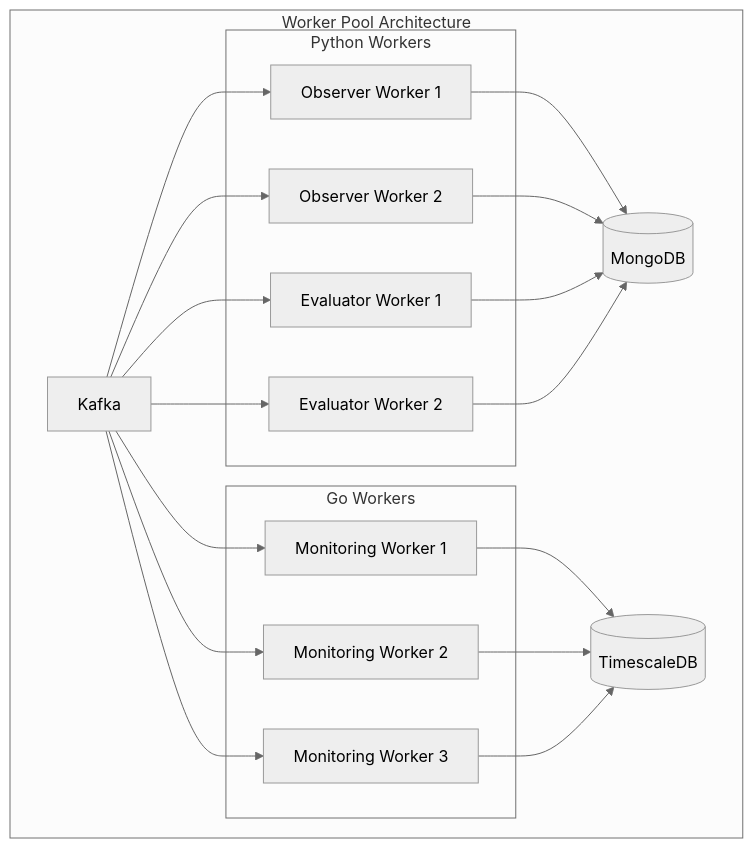
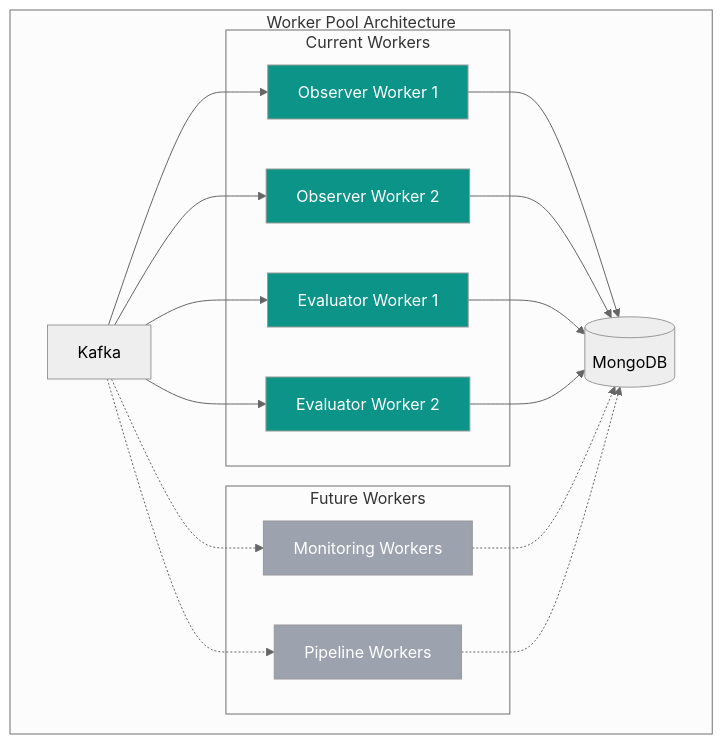
One commit to mlflow/mlflow changed the seventh of 17 diagrams in GENESIS_PLATFORM_MICROSERVICES_ARCHITECTURE.md. Above: the diagram before and after it, drawn with Mermaid (neutral theme). The commit also changed other lines of this file and 1 other file, not shown here.

First line of the commit message:
Simplify microservices architecture and improve diagram visibility

````diff
--- a/GENESIS_PLATFORM_MICROSERVICES_ARCHITECTURE.md
+++ b/GENESIS_PLATFORM_MICROSERVICES_ARCHITECTURE.md
@@ -374,35 +341,39 @@
 ```mermaid
 graph TD
     subgraph "Worker Pool Architecture"
         K[Kafka]
         
-        subgraph "Python Workers"
+        subgraph "Current Workers"
             OW1[Observer Worker 1]
             OW2[Observer Worker 2]
             EW1[Evaluator Worker 1]
             EW2[Evaluator Worker 2]
         end
         
-        subgraph "Go Workers"
-            MW1[Monitoring Worker 1]
-            MW2[Monitoring Worker 2]
-            MW3[Monitoring Worker 3]
+        subgraph "Future Workers"
+            MW[Monitoring Workers]
+            PW[Pipeline Workers]
         end
         
         K --> OW1
         K --> OW2
         K --> EW1
         K --> EW2
-        K --> MW1
-        K --> MW2
-        K --> MW3
+        K -.-> MW
+        K -.-> PW
         
         OW1 --> MDB[(MongoDB)]
         OW2 --> MDB
         EW1 --> MDB
         EW2 --> MDB
-        MW1 --> TS[(TimescaleDB)]
-        MW2 --> TS
-        MW3 --> TS
+        MW -.-> MDB
+        PW -.-> MDB
     end
+    
+    style OW1 fill:#0d9488,color:#fff
+    style OW2 fill:#0d9488,color:#fff
+    style EW1 fill:#0d9488,color:#fff
+    style EW2 fill:#0d9488,color:#fff
+    style MW fill:#9ca3af,color:#fff
+    style PW fill:#9ca3af,color:#fff
 ```
````
